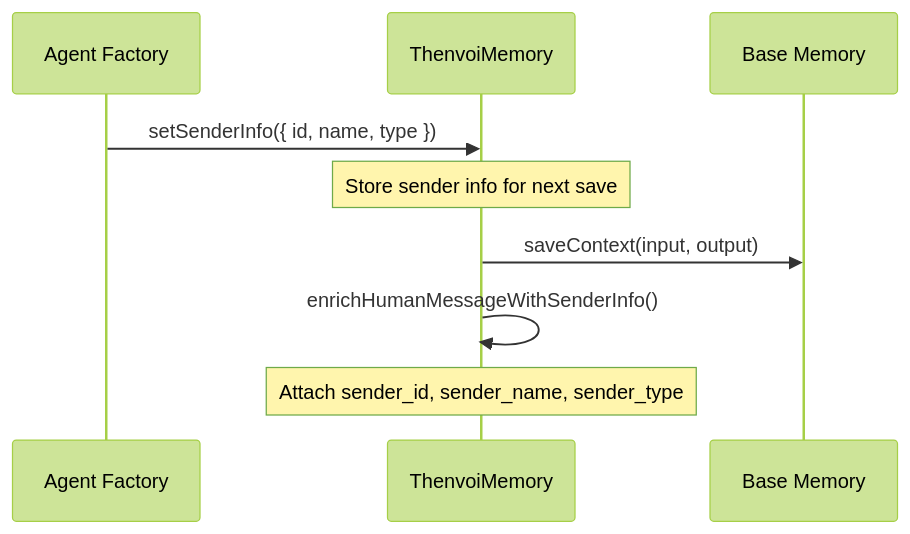
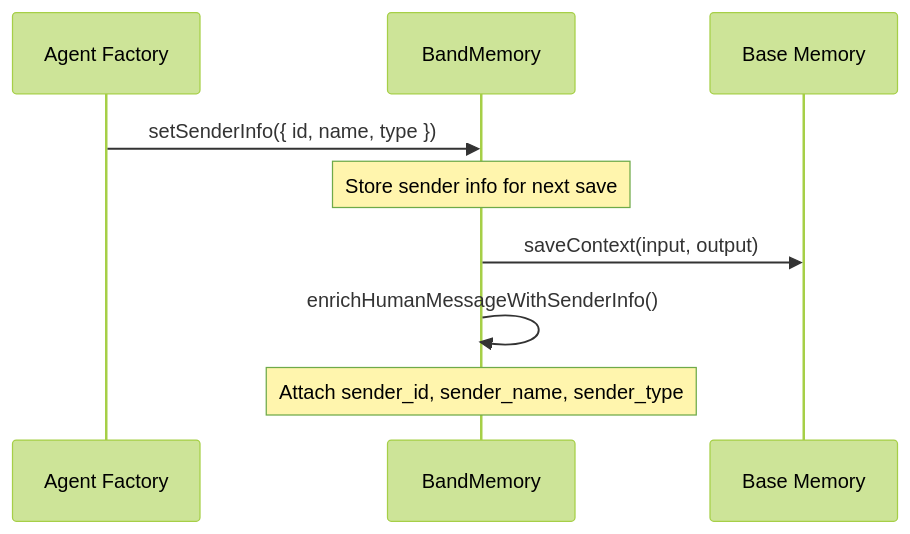
One commit to thenvoi/n8n-nodes-thenvoi changed the ninth of 10 diagrams in docs/architecture/agent/memory/memory_system_guide.md. Above: the diagram before and after it, drawn with Mermaid (forest theme). The commit also changed other lines of this file and 157 other files, not shown here.

First line of the commit message:
feat!: rename organization from Thenvoi to Band

````diff
--- a/docs/architecture/agent/memory/memory_system_guide.md
+++ b/docs/architecture/agent/memory/memory_system_guide.md
@@ -375,13 +375,13 @@
 ```mermaid
 sequenceDiagram
     participant Factory as Agent Factory
-    participant Memory as ThenvoiMemory
+    participant Memory as BandMemory
     participant BM as Base Memory
 
     Factory->>Memory: setSenderInfo({ id, name, type })
     Note over Memory: Store sender info for next save
     
     Memory->>BM: saveContext(input, output)
     Memory->>Memory: enrichHumanMessageWithSenderInfo()
     Note over Memory: Attach sender_id, sender_name, sender_type
 ```
````
